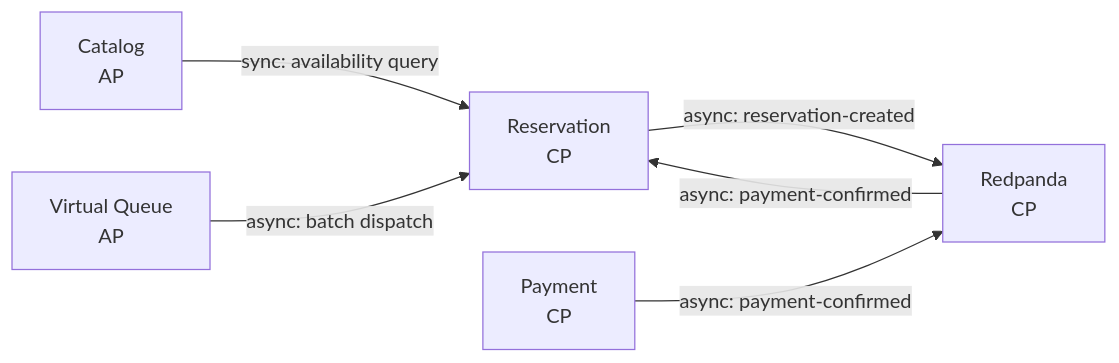
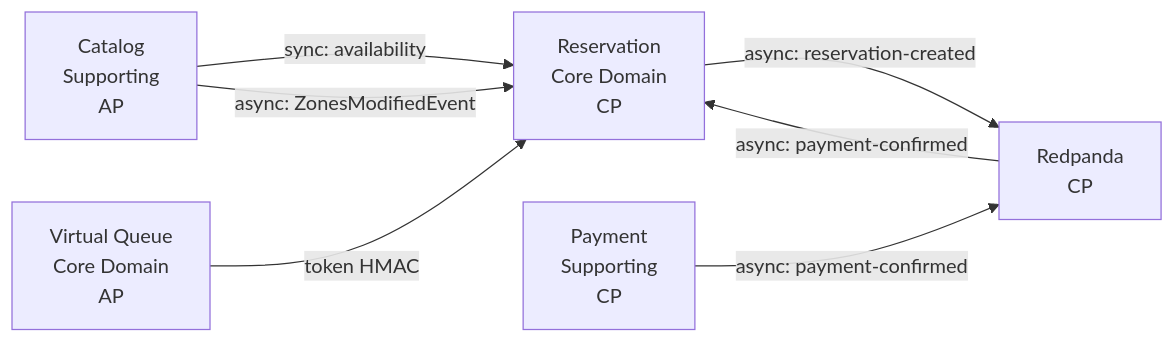
One commit to jrgavilanes/ticket-monster changed the eighth of 15 diagrams in README.md. Above: the diagram before and after it, drawn with Mermaid. The commit also changed other lines of this file and 3 other files, not shown here.

````diff
--- a/README.md
+++ b/README.md
@@ -70,8 +475,9 @@
 ```mermaid
 flowchart LR
-    CAT[Catalog<br/>AP] -->|sync: availability query| RES
-    VQ[Virtual Queue<br/>AP] -->|async: batch dispatch| RES
-    RES[Reservation<br/>CP] -->|async: reservation-created| RP[Redpanda<br/>CP]
-    PAY[Payment<br/>CP] -->|async: payment-confirmed| RP
-    RP -->|async: payment-confirmed| RES
+    CAT_C[Catalog<br/>Supporting<br/>AP] -->|sync: availability| RES_C
+    CAT_C -->|async: ZonesModifiedEvent| RES_C
+    VQ_C[Virtual Queue<br/>Core Domain<br/>AP] -->|token HMAC| RES_C
+    RES_C[Reservation<br/>Core Domain<br/>CP] -->|async: reservation-created| RP_C[Redpanda<br/>CP]
+    PAY_C[Payment<br/>Supporting<br/>CP] -->|async: payment-confirmed| RP_C
+    RP_C -->|async: payment-confirmed| RES_C
 ```
````
